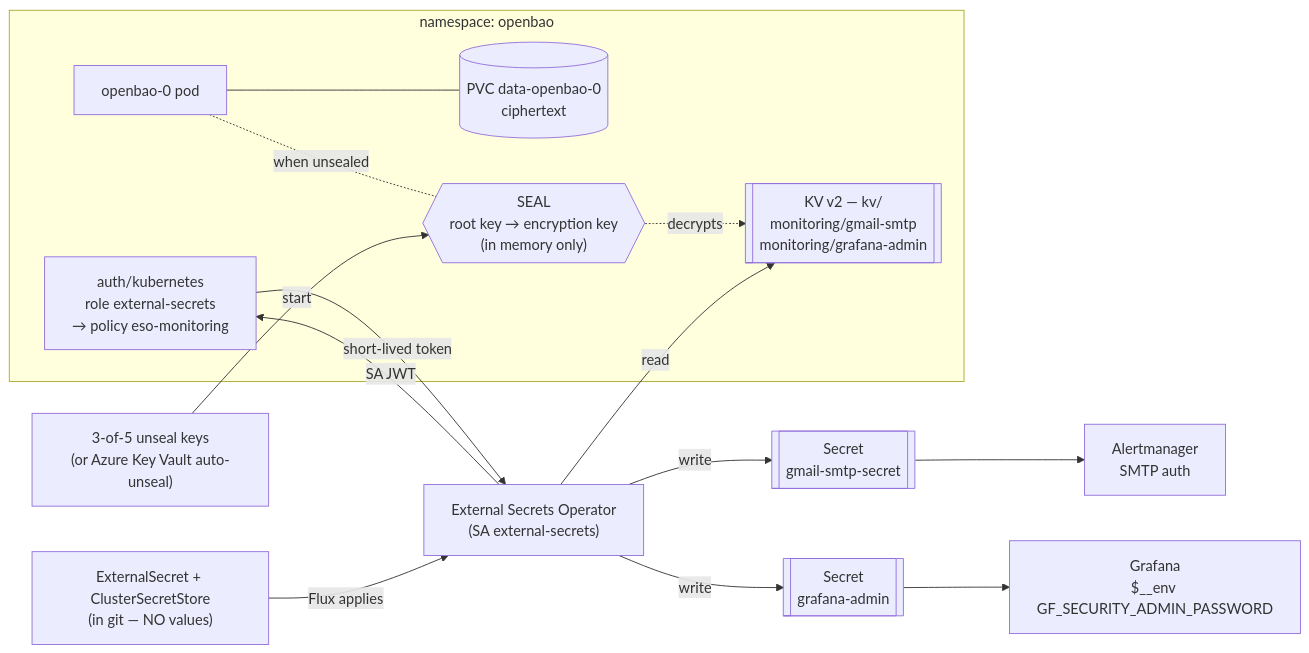
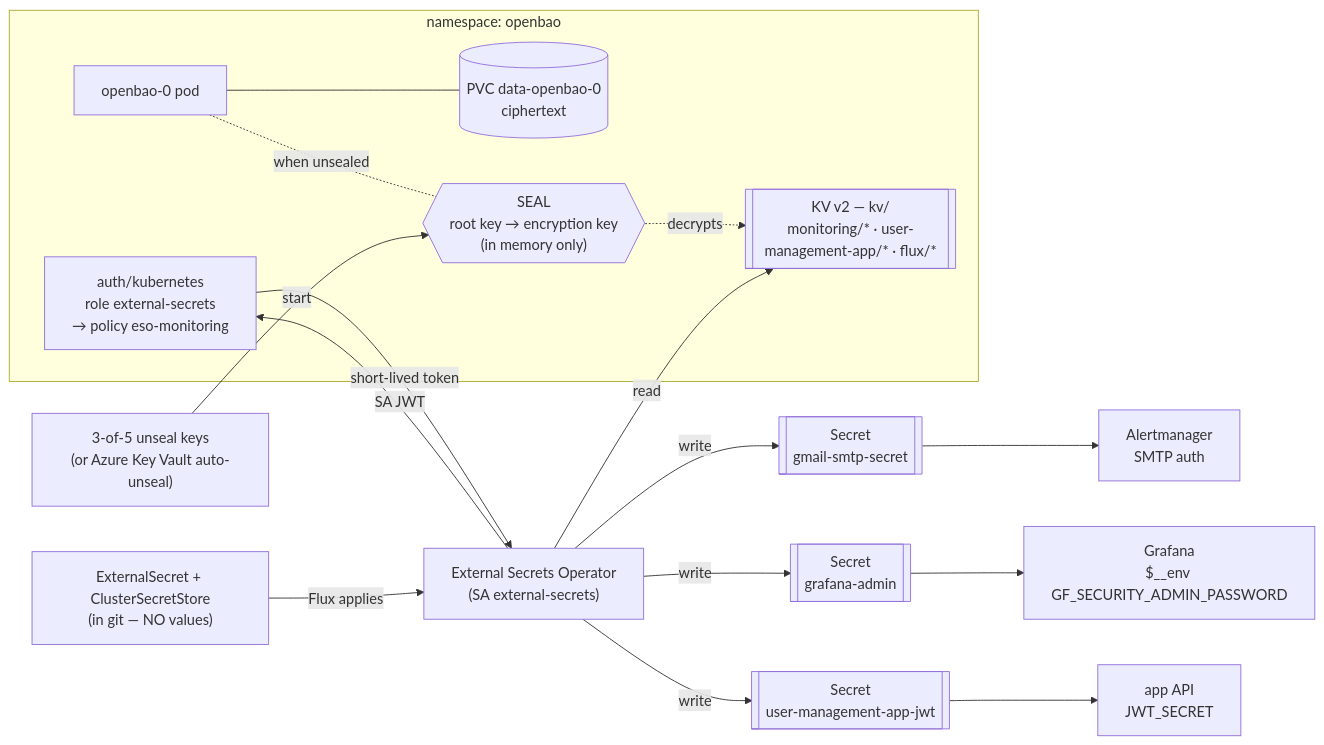
Before and after one commit to sandeshlamsal/Devops_Aks_Gitops_Grafana_Alert: the diagram in README.md, drawn with Mermaid. The commit also changed other lines of this file and 109 other files, not shown here.

````diff
--- a/README.md
+++ b/README.md
@@ -402,20 +414,21 @@
 ```mermaid
 flowchart LR
     subgraph obns["namespace: openbao"]
         BAO["openbao-0 pod"]
         DISK[("PVC data-openbao-0<br/>ciphertext")]
         SEAL{{"SEAL<br/>root key → encryption key<br/>(in memory only)"}}
-        KV[["KV v2 — kv/<br/>monitoring/gmail-smtp<br/>monitoring/grafana-admin"]]
+        KV[["KV v2 — kv/<br/>monitoring/* · user-management-app/* · flux/*"]]
         KAUTH["auth/kubernetes<br/>role external-secrets<br/>→ policy eso-monitoring"]
         BAO --- DISK
         BAO -. when unsealed .- SEAL
         SEAL -. decrypts .-> KV
     end
     UNSEAL["3-of-5 unseal keys<br/>(or Azure Key Vault auto-unseal)"] -->|start| SEAL
     ESO["External Secrets Operator<br/>(SA external-secrets)"]
     ES["ExternalSecret + ClusterSecretStore<br/>(in git — NO values)"] -->|Flux applies| ESO
     ESO -->|"SA JWT"| KAUTH -->|"short-lived token"| ESO
     ESO -->|read| KV
     ESO -->|write| SEC1[["Secret<br/>gmail-smtp-secret"]] --> AM["Alertmanager<br/>SMTP auth"]
     ESO -->|write| SEC2[["Secret<br/>grafana-admin"]] --> GR["Grafana<br/>$__env GF_SECURITY_ADMIN_PASSWORD"]
+    ESO -->|write| SEC3[["Secret<br/>user-management-app-jwt"]] --> API["app API<br/>JWT_SECRET"]
 ```
````
